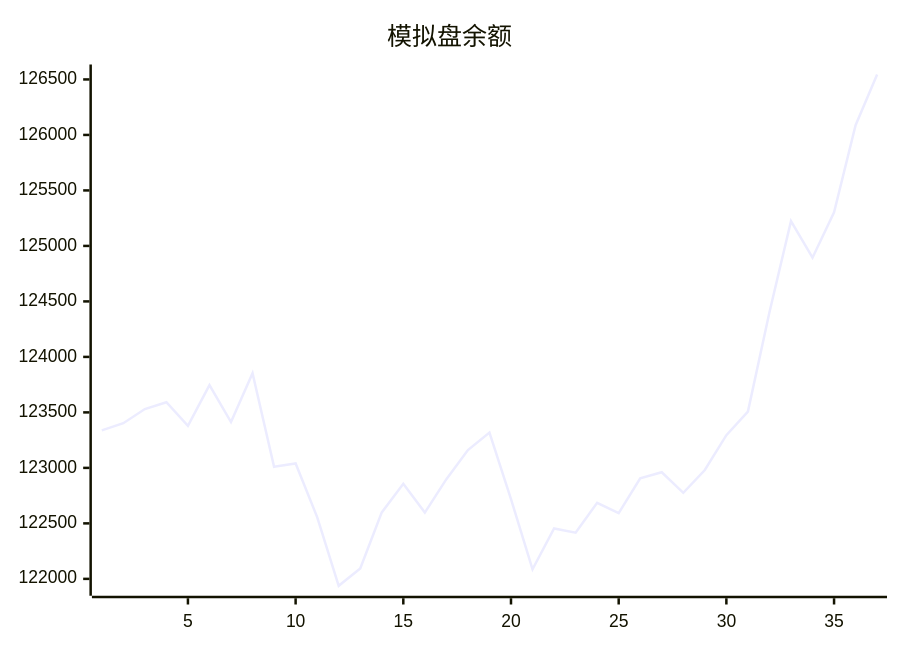
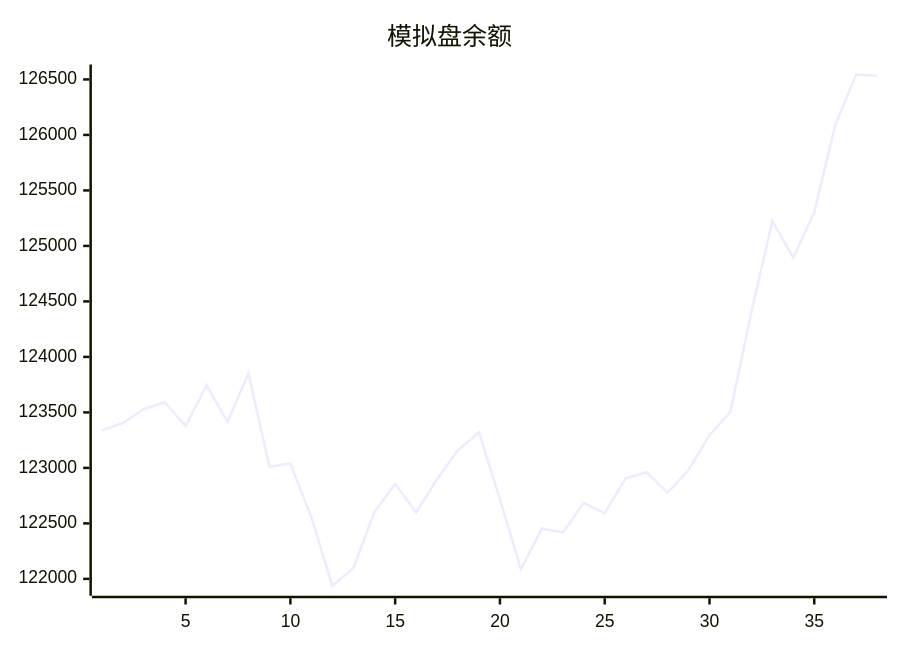
Before and after one commit to aahl/mcp-aktools: the diagram in trading/README.md, drawn with Mermaid. The commit also changed 1 other file, not shown here.

Commit message:
📈 Auto Trading Result

````diff
--- a/trading/README.md
+++ b/trading/README.md
@@ -3,5 +3,5 @@
 ```mermaid
 xychart
     title "模拟盘余额"
-    line [123337.9,123402.4,123530.3,123591.6,123377.9,123745.3,123413.3,123853.1,123009.4,123039.8,122557.0,121938.0,122094.6,122599.0,122856.1,122597.3,122898.1,123160.2,123318.8,122719.1,122086.7,122454.1,122415.9,122685.2,122591.9,122906.8,122960.7,122775.6,122980.9,123294.6,123507.0,124402.7,125223.7,124894.0,125303.1,126088.0,126544.5]
+    line [123337.9,123402.4,123530.3,123591.6,123377.9,123745.3,123413.3,123853.1,123009.4,123039.8,122557.0,121938.0,122094.6,122599.0,122856.1,122597.3,122898.1,123160.2,123318.8,122719.1,122086.7,122454.1,122415.9,122685.2,122591.9,122906.8,122960.7,122775.6,122980.9,123294.6,123507.0,124402.7,125223.7,124894.0,125303.1,126088.0,126544.5,126533.9]
 ```
````
